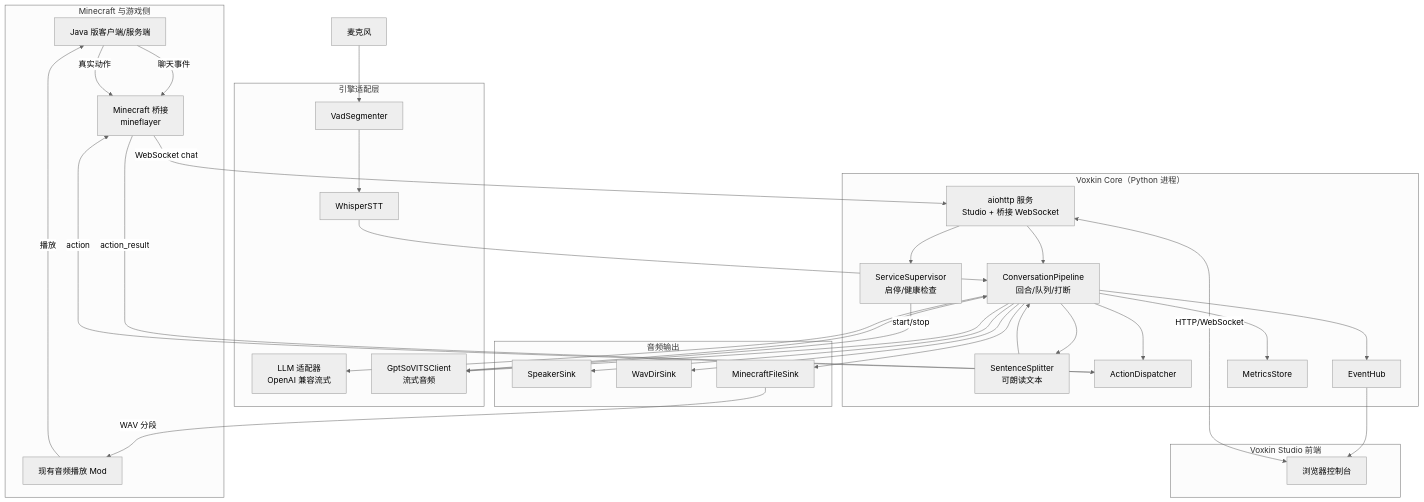
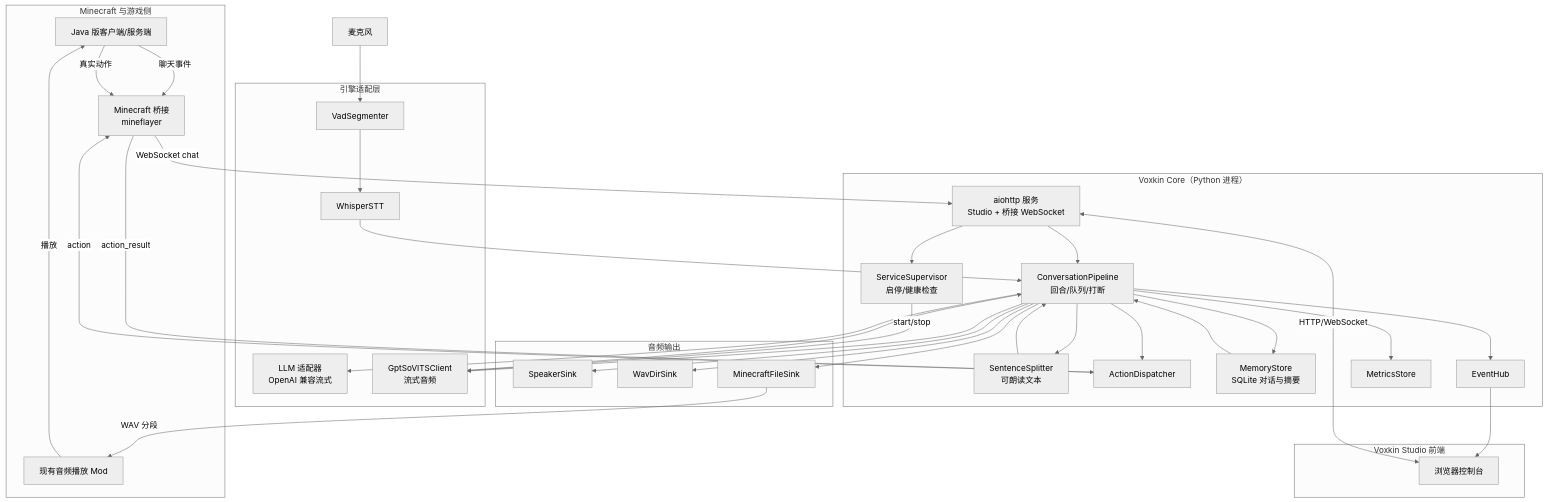
Before and after one commit to DeckDes233/Voxkin: the first of 3 diagrams in docs/ARCHITECTURE.md, drawn with Mermaid (neutral theme). The commit also changed other lines of this file and 7 other files, not shown here.

````diff
--- a/docs/ARCHITECTURE.md
+++ b/docs/ARCHITECTURE.md
@@ -5,64 +5,67 @@
 ```mermaid
 graph TD
     subgraph Game["Minecraft 与游戏侧"]
         MC[Java 版客户端/服务端]
         MOD[现有音频播放 Mod]
         BR[Minecraft 桥接<br/>mineflayer]
     end
 
     subgraph Core["Voxkin Core（Python 进程）"]
         SRV[aiohttp 服务<br/>Studio + 桥接 WebSocket]
         PIPE[ConversationPipeline<br/>回合/队列/打断]
         SPLIT[SentenceSplitter<br/>可朗读文本]
         DISP[ActionDispatcher]
         SUP[ServiceSupervisor<br/>启停/健康检查]
+        MEM[MemoryStore<br/>SQLite 对话与摘要]
         HUB[EventHub]
         MET[MetricsStore]
     end
 
     subgraph Engines["引擎适配层"]
         LLM[LLM 适配器<br/>OpenAI 兼容流式]
         TTS[GptSoVITSClient<br/>流式音频]
         STT[WhisperSTT]
         VAD[VadSegmenter]
     end
 
     subgraph Output["音频输出"]
         SPK[SpeakerSink]
         WAV[WavDirSink]
         MCF[MinecraftFileSink]
     end
 
     subgraph Studio["Voxkin Studio 前端"]
         UI[浏览器控制台]
     end
 
     MC -->|聊天事件| BR
     BR -->|WebSocket chat| SRV
     BR -->|action_result| DISP
     MC -->|真实动作| BR
 
     SRV --> PIPE
     PIPE --> SPLIT
     SPLIT --> PIPE
     PIPE --> LLM
     PIPE --> TTS
     TTS --> PIPE
     PIPE --> DISP
     DISP -->|action| BR
     SRV --> SUP
     SUP -->|start/stop| TTS
     PIPE --> MET
     PIPE --> HUB
+    PIPE --> MEM
+    MEM --> PIPE
 
     PIPE --> SPK
     PIPE --> WAV
     PIPE --> MCF
     MCF -->|WAV 分段| MOD
     MOD -->|播放| MC
 
     UI <-->|HTTP/WebSocket| SRV
     HUB --> UI
 
     MIC[麦克风] --> VAD --> STT --> PIPE
 ```
````
